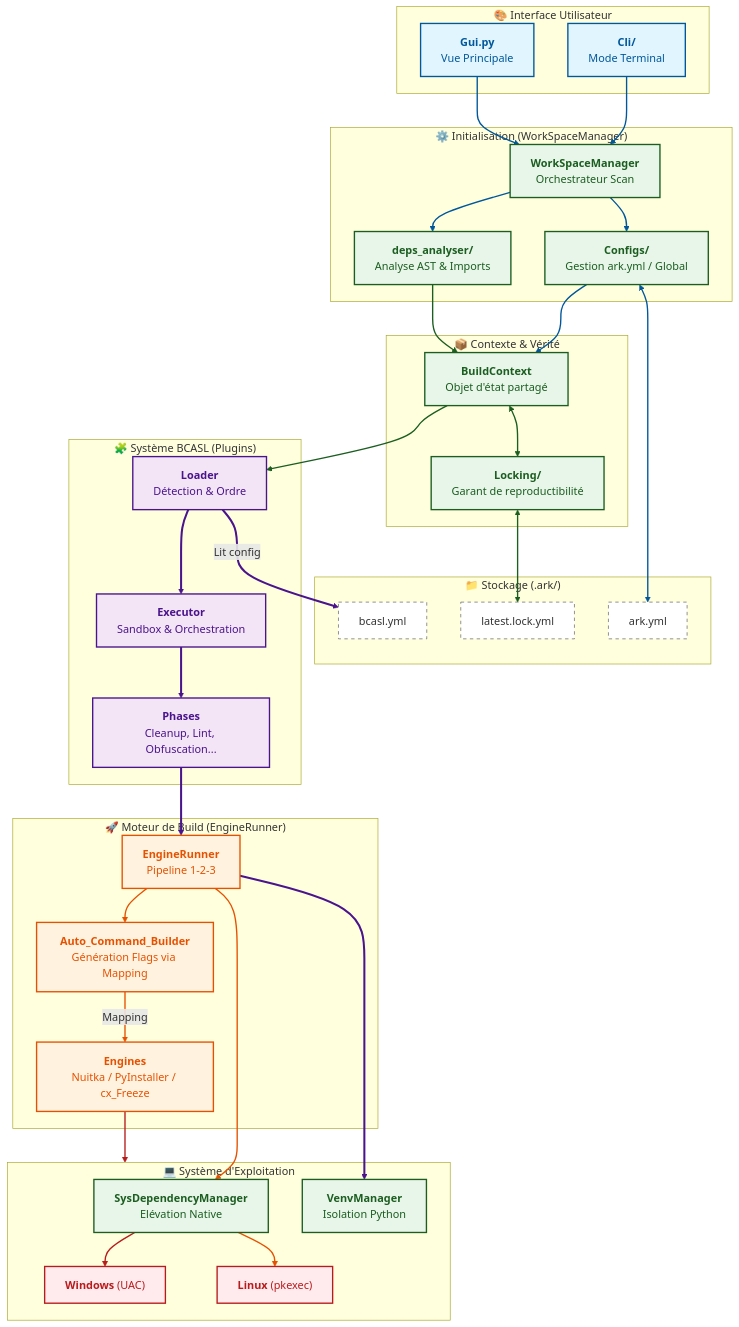
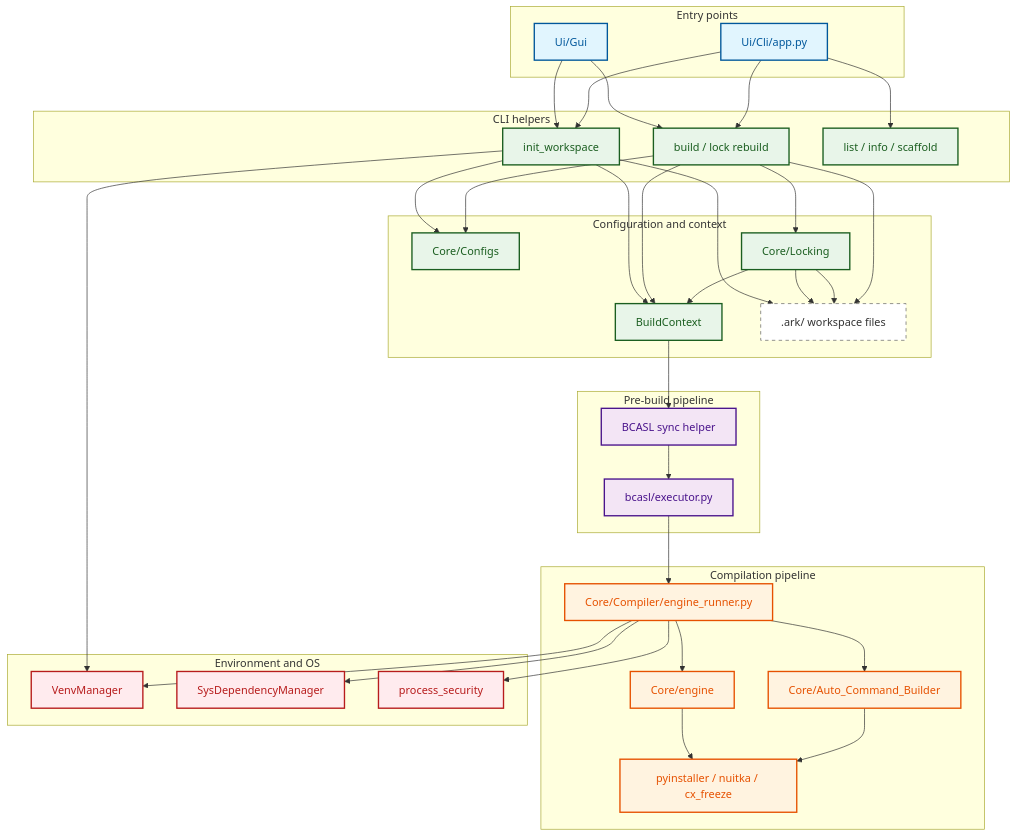
Before and after one commit to raidos23/PyCompiler_ARK: the diagram in docs/view/GlobalLogic.mmd, drawn with Mermaid. The commit also changed 1 other file, not shown here.

Commit message:
Mettre a jour le Mermaid et cocher le todo Signed-off-by: Samuel Amen Ague <ague.samuel27@gmail.com>

```diff
--- a/docs/view/GlobalLogic.mmd
+++ b/docs/view/GlobalLogic.mmd
@@ -1,96 +1,75 @@
 graph TD
-    %% Définition des Styles (Code Couleur Sémantique)
     classDef ui fill:#e1f5fe,stroke:#01579b,stroke-width:2px,color:#01579b;
     classDef core fill:#e8f5e9,stroke:#1b5e20,stroke-width:2px,color:#1b5e20;
     classDef engine fill:#fff3e0,stroke:#e65100,stroke-width:2px,color:#e65100;
     classDef bcasl fill:#f3e5f5,stroke:#4a148c,stroke-width:2px,color:#4a148c;
     classDef system fill:#ffebee,stroke:#b71c1c,stroke-width:2px,color:#b71c1c;
     classDef storage fill:#ffffff,stroke:#616161,stroke-width:1px,stroke-dasharray: 5 5;
 
-    %% 1. COUCHE INTERFACE
-    subgraph UI ["🎨 Interface Utilisateur"]
-        GUI["<b>Gui.py</b><br/>Vue Principale"]:::ui
-        CLI["<b>Cli/</b><br/>Mode Terminal"]:::ui
+    subgraph ENTRY["Entry points"]
+        GUI["Ui/Gui"]:::ui
+        CLI["Ui/Cli/app.py"]:::ui
     end
 
-    %% 2. COUCHE INITIALISATION
-    subgraph INIT ["⚙️ Initialisation (WorkSpaceManager)"]
-        WSM["<b>WorkSpaceManager</b><br/>Orchestrateur Scan"]:::core
-        CFG["<b>Configs/</b><br/>Gestion ark.yml / Global"]:::core
-        DEPS["<b>deps_analyser/</b><br/>Analyse AST & Imports"]:::core
+    subgraph CLI_FLOW["CLI helpers"]
+        INIT["init_workspace"]:::core
+        BUILD["build / lock rebuild"]:::core
+        LIST["list / info / scaffold"]:::core
     end
 
-    %% 3. LE COEUR (ÉTAT)
-    subgraph CONTEXT ["📦 Contexte & Vérité"]
-        BC_CTX["<b>BuildContext</b><br/>Objet d'état partagé"]:::core
-        LOCK["<b>Locking/</b><br/>Garant de reproductibilité"]:::core
+    subgraph CONFIG["Configuration and context"]
+        ARK["Core/Configs"]:::core
+        LOCK["Core/Locking"]:::core
+        CTX["BuildContext"]:::core
+        FS[".ark/ workspace files"]:::storage
     end
 
-    %% 4. COUCHE BCASL (INTERCEPTION PRE-BUILD)
-    subgraph BCASL_SYS ["🧩 Système BCASL (Plugins)"]
-        BCASL_L["<b>Loader</b><br/>Détection & Ordre"]:::bcasl
-        BCASL_E["<b>Executor</b><br/>Sandbox & Orchestration"]:::bcasl
-        BCASL_P["<b>Phases</b><br/>Cleanup, Lint, Obfuscation..."]:::bcasl
+    subgraph PREBUILD["Pre-build pipeline"]
+        BCASL["BCASL sync helper"]:::bcasl
+        BCASL_EXEC["bcasl/executor.py"]:::bcasl
     end
 
-    %% 5. COUCHE COMPILATION
-    subgraph ENGINE_SYS ["🚀 Moteur de Build (EngineRunner)"]
-        RUNNER["<b>EngineRunner</b><br/>Pipeline 1-2-3"]:::engine
-        AUTO["<b>Auto_Command_Builder</b><br/>Génération Flags via Mapping"]:::engine
-        MOTEURS["<b>Engines</b><br/>Nuitka / PyInstaller / cx_Freeze"]:::engine
+    subgraph ENGINE["Compilation pipeline"]
+        RUNNER["Core/Compiler/engine_runner.py"]:::engine
+        DISCOVERY["Core/engine"]:::engine
+        AUTO["Core/Auto_Command_Builder"]:::engine
+        ENGINES["pyinstaller / nuitka / cx_freeze"]:::engine
     end
 
-    %% 6. COUCHE SYSTEME
-    subgraph OS_SYS ["💻 Système d'Exploitation"]
-        SDM["<b>SysDependencyManager</b><br/>Elévation Native"]:::core
-        LINUX["<b>Linux</b> (pkexec)"]:::system
-        WIN["<b>Windows</b> (UAC)"]:::system
-        VENV["<b>VenvManager</b><br/>Isolation Python"]:::core
+    subgraph SYSTEM["Environment and OS"]
+        VENV["VenvManager"]:::system
+        DEPS["SysDependencyManager"]:::system
+        SECURE["process_security"]:::system
     end
 
-    %% 7. PERSISTANCE
-    subgraph DATA ["📁 Stockage (.ark/)"]
-        ARK_YML["ark.yml"]:::storage
-        BCASL_YML["bcasl.yml"]:::storage
-        LOCK_YML["latest.lock.yml"]:::storage
-    end
+    GUI --> INIT
+    GUI --> BUILD
+    CLI --> INIT
+    CLI --> BUILD
+    CLI --> LIST
 
-    %% --- FLUX LOGIQUE ---
+    INIT --> ARK
+    INIT --> FS
+    INIT --> CTX
+    INIT --> VENV
 
-    %% Phase 1: Entrée & Config
-    GUI & CLI --> WSM
-    WSM --> CFG
-    CFG <--> ARK_YML
-    CFG --> BC_CTX
+    BUILD --> ARK
+    BUILD --> LOCK
+    BUILD --> CTX
+    LOCK --> FS
+    LOCK --> CTX
 
-    %% Phase 2: Analyse
-    WSM --> DEPS
-    DEPS --> BC_CTX
+    CTX --> BCASL
+    BCASL --> BCASL_EXEC
+    BCASL_EXEC --> RUNNER
 
-    %% Phase 3: Reproductibilité
-    BC_CTX <--> LOCK
-    LOCK <--> LOCK_YML
+    RUNNER --> DISCOVERY
+    DISCOVERY --> ENGINES
+    RUNNER --> AUTO
+    AUTO --> ENGINES
+    RUNNER --> VENV
+    RUNNER --> DEPS
+    RUNNER --> SECURE
 
-    %% Phase 4: Interception BCASL (Avant Compilation)
-    BC_CTX ==> BCASL_L
-    BCASL_L -- "Lit config" --> BCASL_YML
-    BCASL_L --> BCASL_E
-    BCASL_E --> BCASL_P
-    BCASL_P ==> RUNNER
-
-    %% Phase 5: Orchestration Compilation
-    RUNNER --> VENV
-    RUNNER --> SDM
-    RUNNER --> AUTO
-    AUTO -- "Mapping" --> MOTEURS
-    
-    %% Phase 6: Exécution & OS
-    SDM ==> LINUX & WIN
-    MOTEURS --> OS_SYS
-
-    %% --- STYLISATION DES LIENS ---
-    linkStyle 0,1,2,3,4,5 stroke:#01579b,stroke-width:2px;
-    linkStyle 6,7,8,9 stroke:#1b5e20,stroke-width:2px;
-    linkStyle 10,11,12,13,14 stroke:#4a148c,stroke-width:3px;
-    linkStyle 15,16,17,18 stroke:#e65100,stroke-width:2px;
-    linkStyle 19,20 stroke:#b71c1c,stroke-width:2px;
+    LOCK --> FS
+    BUILD --> FS
```
